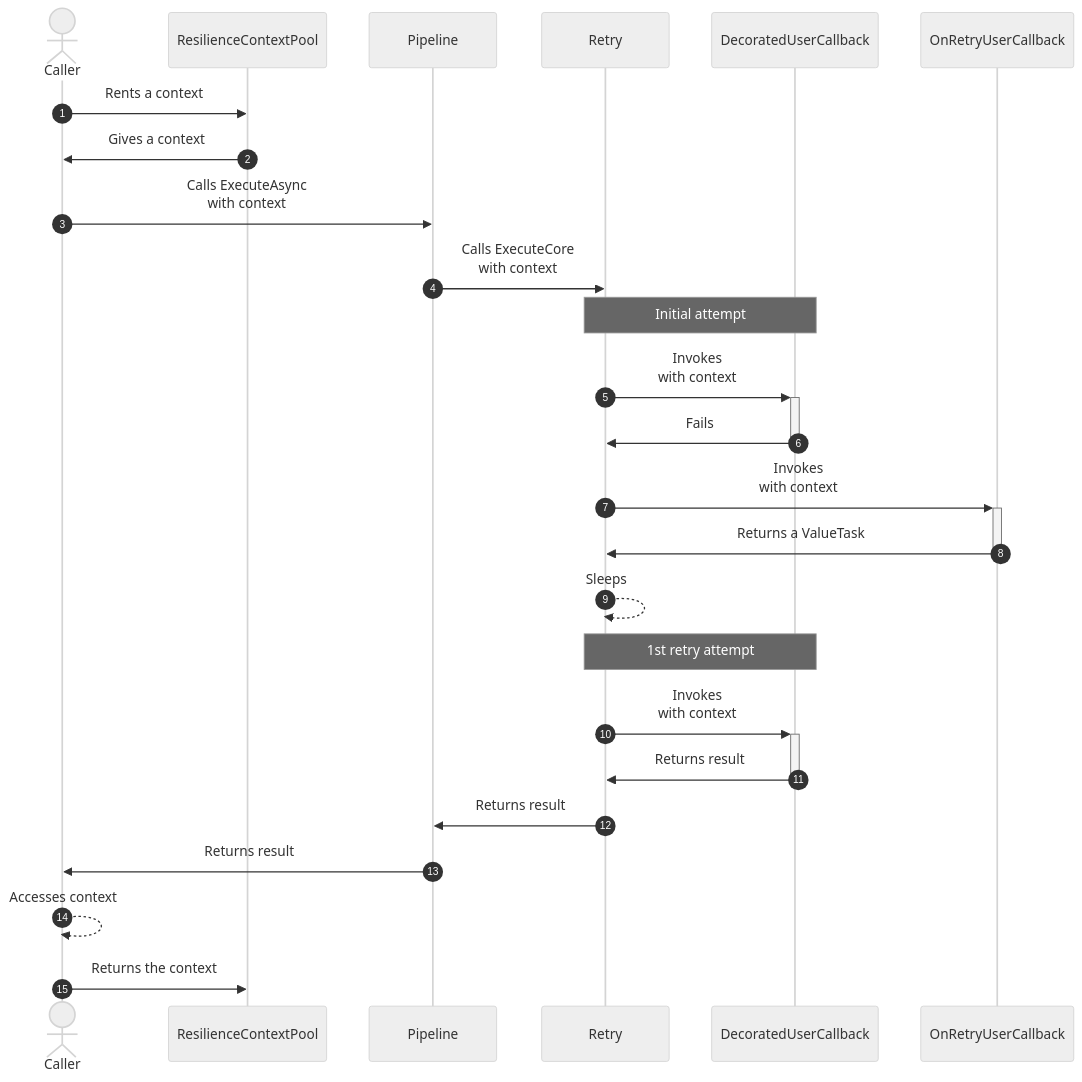
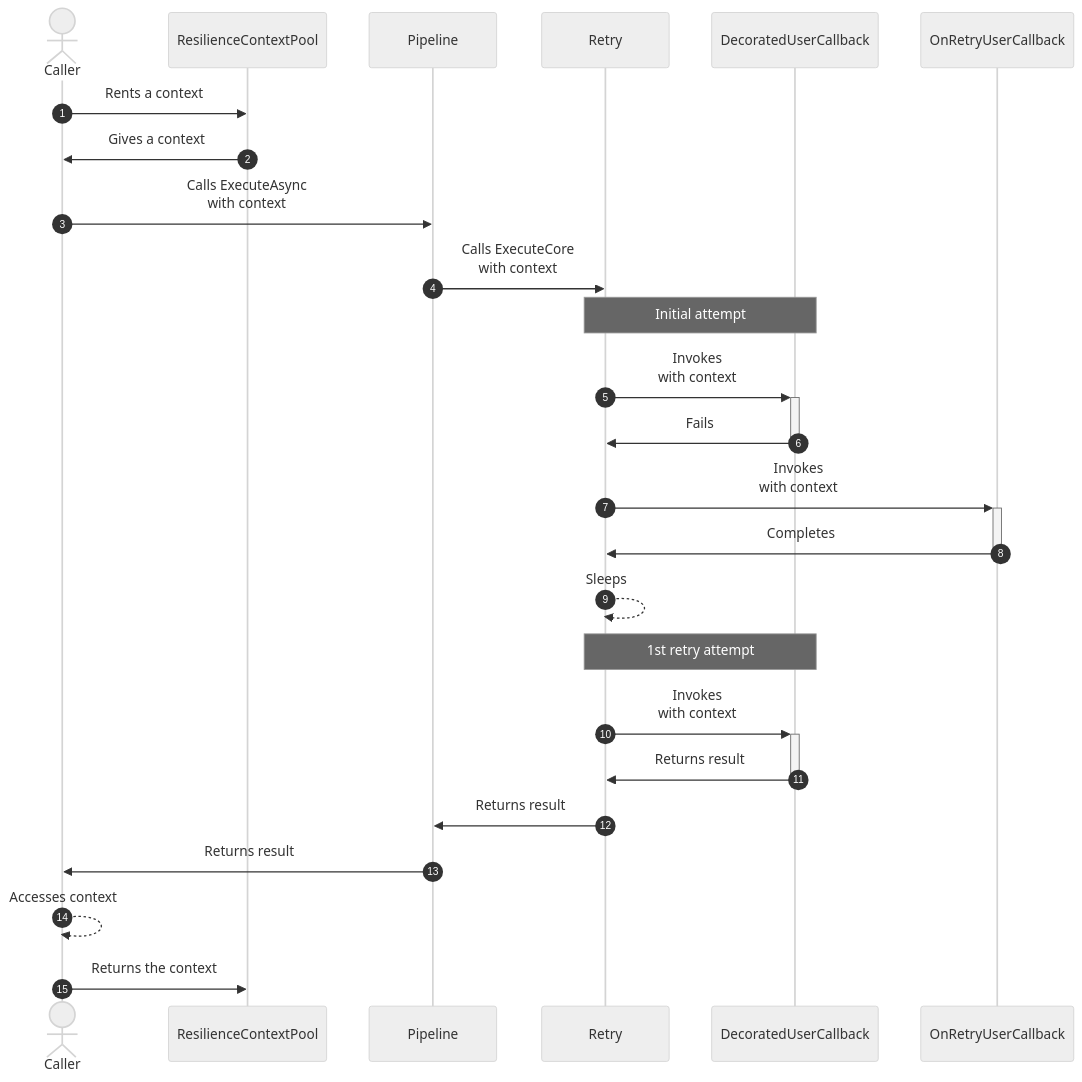
One commit to App-vNext/Polly changed the diagram in docs/advanced/resilience-context.md. Above: the diagram before and after it, drawn with Mermaid (neutral theme).

Commit message:
Update diagram based on feedback

````diff
--- a/docs/advanced/resilience-context.md
+++ b/docs/advanced/resilience-context.md
@@ -73,28 +73,28 @@
 ```mermaid
 sequenceDiagram
     autonumber
     actor C as Caller
     participant CP as ResilienceContextPool
     participant P as Pipeline
     participant R as Retry
     participant D as DecoratedUserCallback
     participant O as OnRetryUserCallback
 
     C->>CP: Rents a context
     CP->>C: Gives a context
     C->>P: Calls ExecuteAsync<br/>with context
     P->>R: Calls ExecuteCore<br/>with context
     Note over R,D: Initial attempt
     R->>+D: Invokes<br/>with context
     D->>-R: Fails
     R->>+O: Invokes<br/>with context
-    O->>-R: Returns a ValueTask
+    O->>-R: Completes
     R-->>R: Sleeps
     Note over R,D: 1st retry attempt
     R->>+D: Invokes<br/>with context
     D->>-R: Returns result
     R->>P: Returns result
     P->>C: Returns result
     C-->>C: Accesses context
     C->>CP: Returns the context
 ```
````
